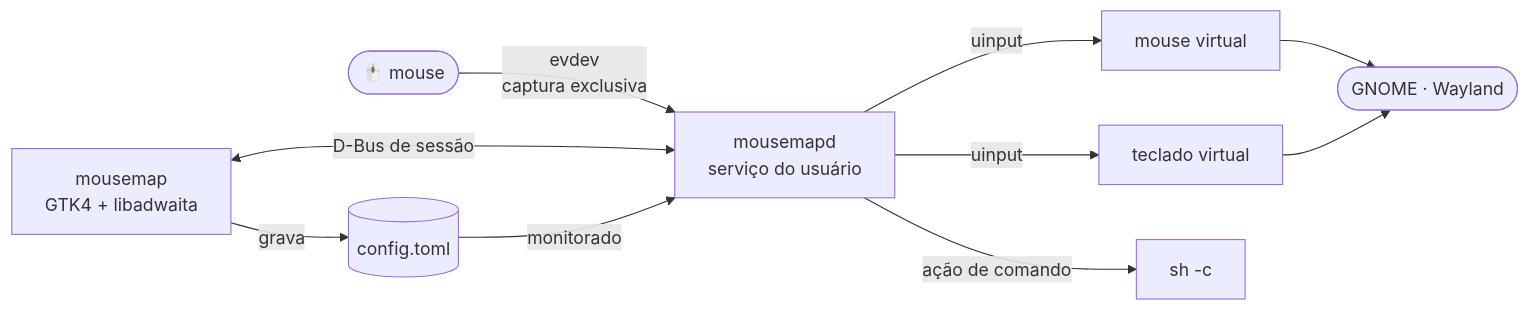
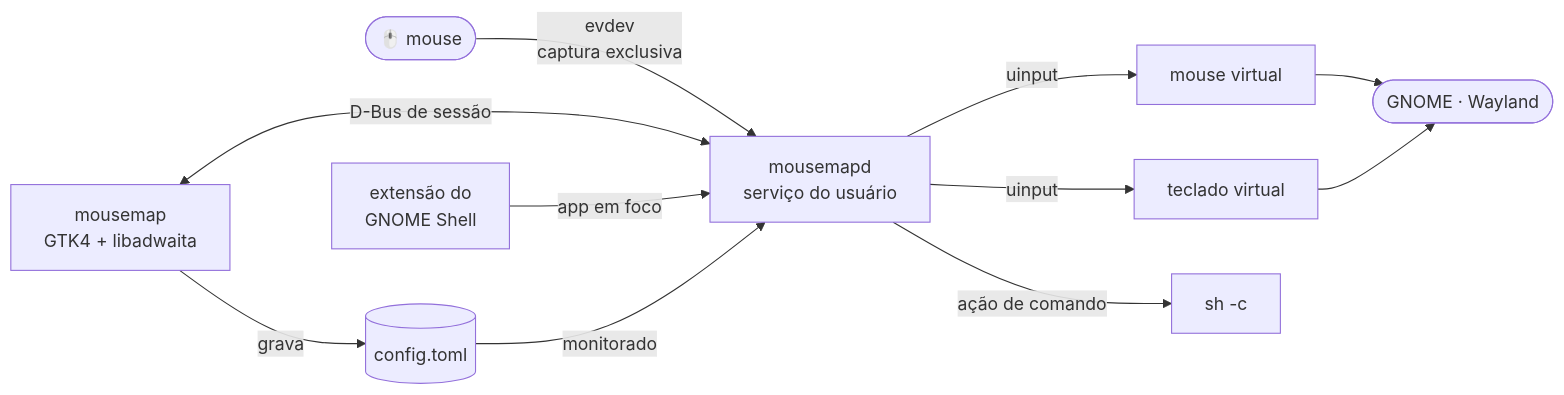
Before and after one commit to joseamttabreu/mousemap: the diagram in README.md, drawn with Mermaid. The commit also changed other lines of this file and 26 other files, not shown here.

First line of the commit message:
M4: perfis por aplicativo com extensão do GNOME Shell (0.4.0)

````diff
--- a/README.md
+++ b/README.md
@@ -54,12 +57,13 @@
 ```mermaid
 flowchart LR
     MOUSE([🖱️ mouse]) -->|evdev<br/>captura exclusiva| D[mousemapd<br/>serviço do usuário]
     D -->|uinput| VM[mouse virtual]
     D -->|uinput| VK[teclado virtual]
     VM --> DESK([GNOME · Wayland])
     VK --> DESK
     D -->|ação de comando| SH[sh -c]
     GUI[mousemap<br/>GTK4 + libadwaita] <-->|D-Bus de sessão| D
+    EXT[extensão do<br/>GNOME Shell] -->|app em foco| D
     GUI -->|grava| CFG[(config.toml)]
     CFG -->|monitorado| D
 ```
````
